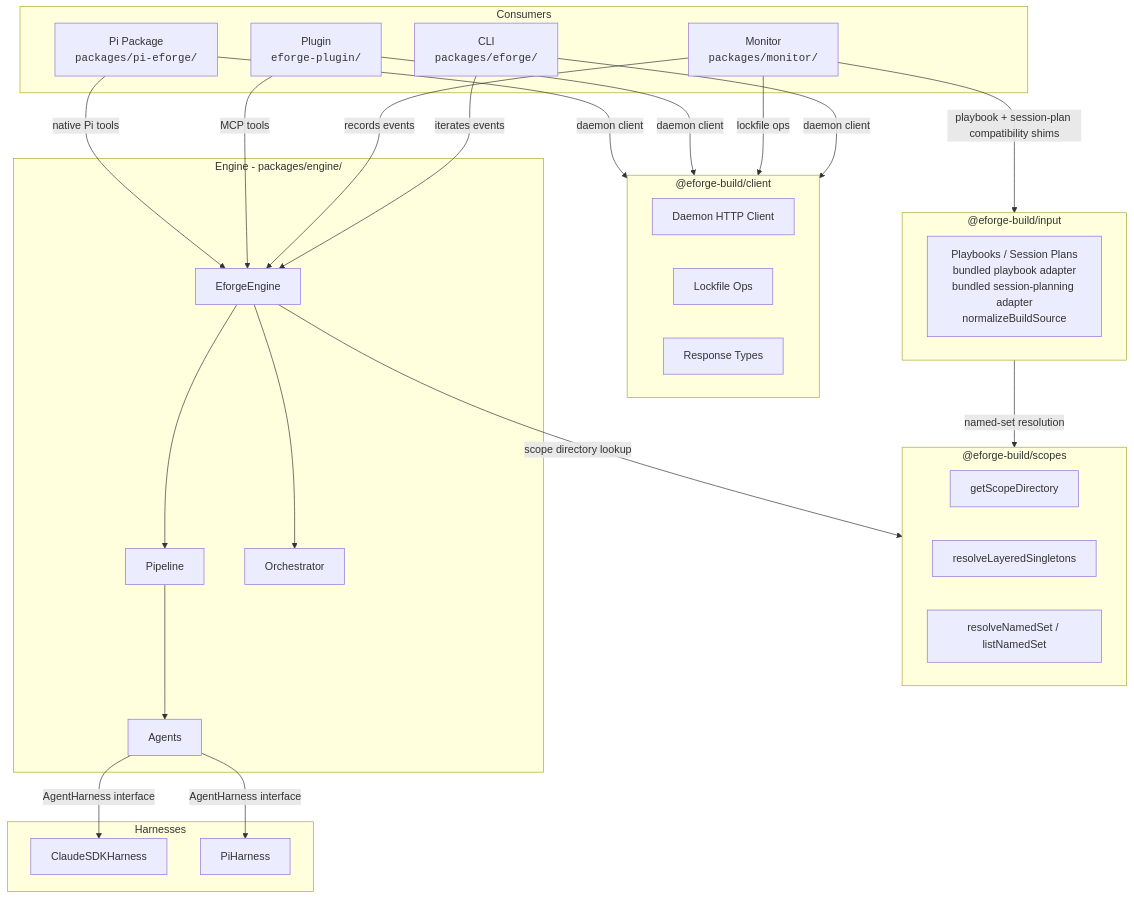
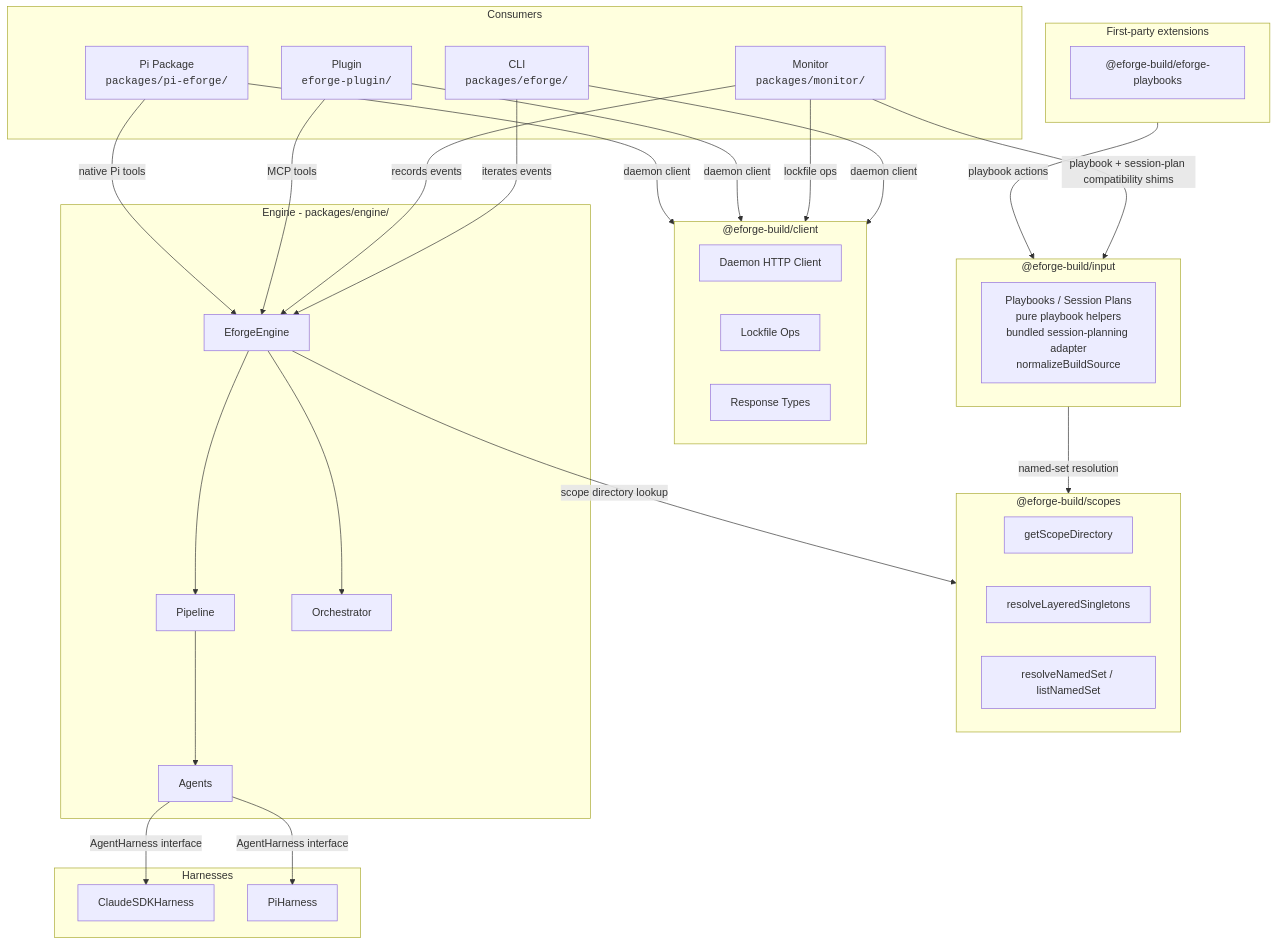
Before and after one commit to eforge-build/eforge: the first of 4 diagrams in docs/architecture.md, drawn with Mermaid. The commit also changed other lines of this file and 33 other files, not shown here.

First line of the commit message:
feat(plan-02-playbooks-extension): Create and register the @eforge-build/eforge-playbooks extension package with playbook actions, schemas, capabilities, optional eforge-plan dependency, Console contribution, README, and package tests.

````diff
--- a/docs/architecture.md
+++ b/docs/architecture.md
@@ -13,54 +13,59 @@
 ```mermaid
 graph TD
     subgraph Consumers
         CLI["CLI<br/><code>packages/eforge/</code>"]
         Monitor["Monitor<br/><code>packages/monitor/</code>"]
         Plugin["Plugin<br/><code>eforge-plugin/</code>"]
         PiPkg["Pi Package<br/><code>packages/pi-eforge/</code>"]
     end
 
     subgraph Client ["@eforge-build/client"]
         DaemonClient["Daemon HTTP Client"]
         LockfileOps["Lockfile Ops"]
         ResponseTypes["Response Types"]
     end
 
     subgraph Input ["@eforge-build/input"]
-        InputArtifacts["Playbooks / Session Plans<br/>bundled playbook adapter<br/>bundled session-planning adapter<br/>normalizeBuildSource"]
+        InputArtifacts["Playbooks / Session Plans<br/>pure playbook helpers<br/>bundled session-planning adapter<br/>normalizeBuildSource"]
     end
 
     subgraph Scopes ["@eforge-build/scopes"]
         ScopeDir["getScopeDirectory"]
         LayeredSingleton["resolveLayeredSingletons"]
         NamedSet["resolveNamedSet / listNamedSet"]
+    end
+
+    subgraph FirstPartyExtensions ["First-party extensions"]
+        PlaybooksExt["@eforge-build/eforge-playbooks"]
     end
 
     subgraph Engine ["Engine - packages/engine/"]
         EforgeEngine["EforgeEngine"]
         Pipeline["Pipeline"]
         Orchestrator["Orchestrator"]
         Agents["Agents"]
     end
 
     subgraph Harnesses
         Claude["ClaudeSDKHarness"]
         Pi["PiHarness"]
     end
 
     CLI -->|"daemon client"| Client
     Monitor -->|"lockfile ops"| Client
     Plugin -->|"daemon client"| Client
     PiPkg -->|"daemon client"| Client
     CLI -->|"iterates events"| EforgeEngine
     Monitor -->|"records events"| EforgeEngine
     Monitor -->|"playbook + session-plan compatibility shims"| Input
+    FirstPartyExtensions -->|"playbook actions"| Input
     Plugin -->|"MCP tools"| EforgeEngine
     PiPkg -->|"native Pi tools"| EforgeEngine
     EforgeEngine --> Pipeline
     EforgeEngine --> Orchestrator
     EforgeEngine -->|"scope directory lookup"| Scopes
     Input -->|"named-set resolution"| Scopes
     Pipeline --> Agents
     Agents -->|"AgentHarness interface"| Claude
     Agents -->|"AgentHarness interface"| Pi
 ```
````
